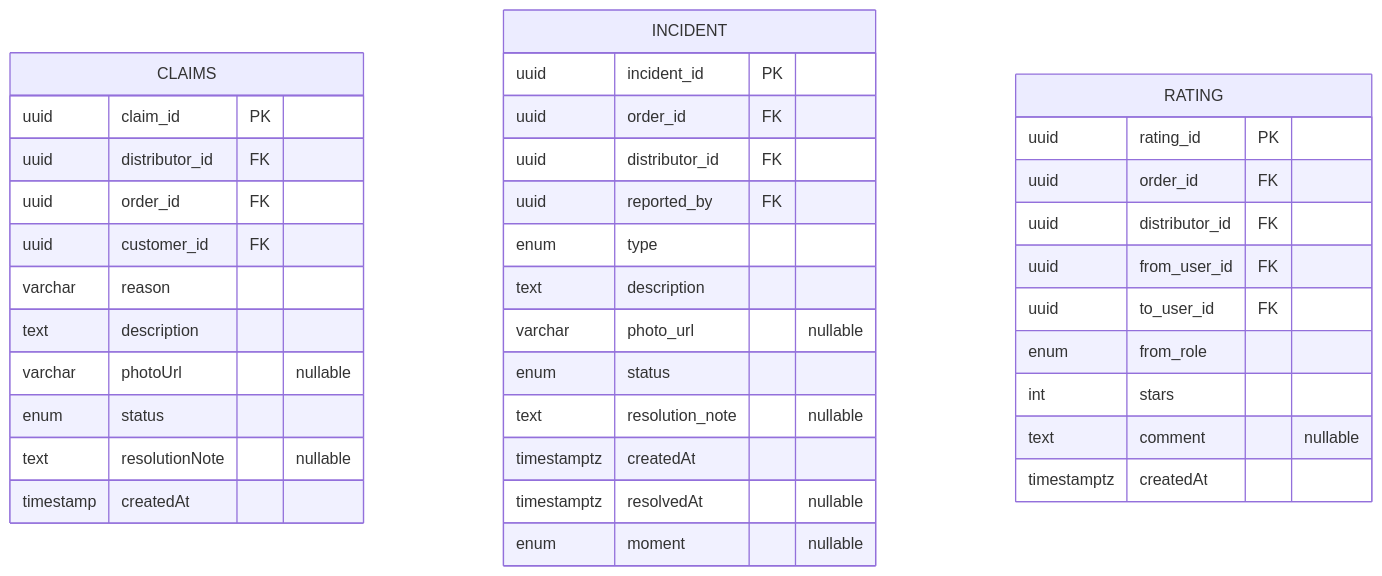
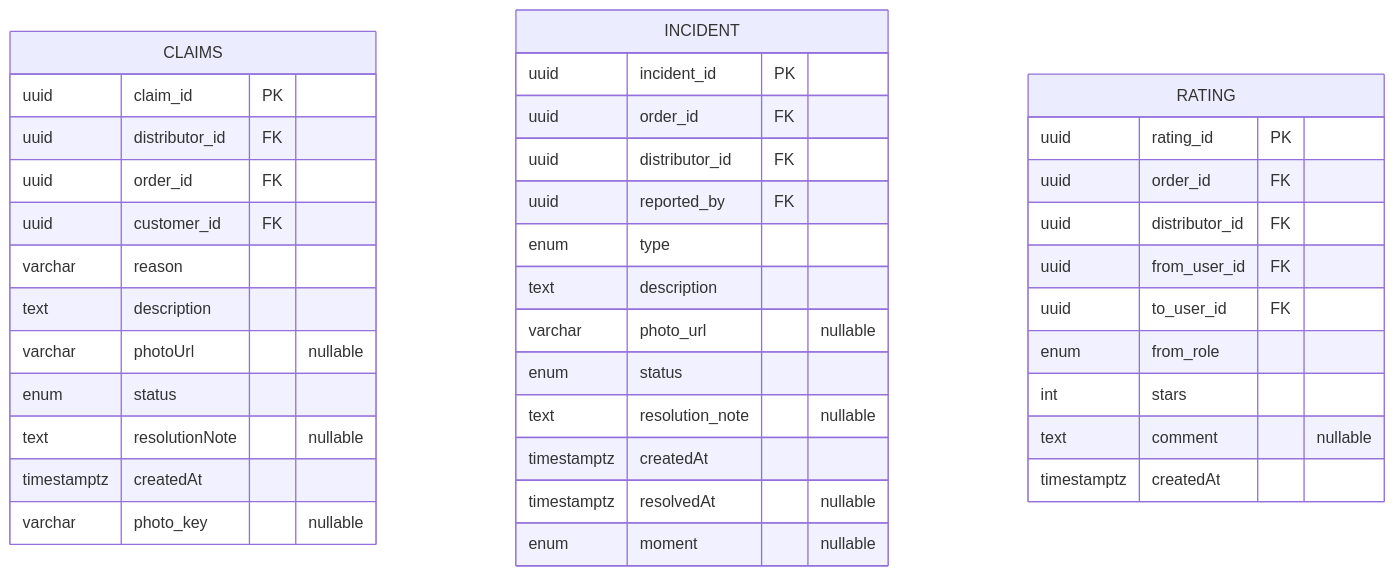
One commit to Nahuelito-Dev/splg-docs changed the eighth of 15 diagrams in diagramas/base-de-datos/SPLG-der-mermaid.md. Above: the diagram before and after it, drawn with Mermaid. The commit also changed other lines of this file and 1067 other files, not shown here.

````diff
--- a/diagramas/base-de-datos/SPLG-der-mermaid.md
+++ b/diagramas/base-de-datos/SPLG-der-mermaid.md
@@ -541,41 +541,42 @@
 ```mermaid
 erDiagram
 
     CLAIMS {
         uuid claim_id PK
         uuid distributor_id FK
         uuid order_id FK
         uuid customer_id FK
         varchar reason
         text description
         varchar photoUrl "nullable"
         enum status
         text resolutionNote "nullable"
-        timestamp createdAt
+        timestamptz createdAt
+        varchar photo_key "nullable"
     }
     INCIDENT {
         uuid incident_id PK
         uuid order_id FK
         uuid distributor_id FK
         uuid reported_by FK
         enum type
         text description
         varchar photo_url "nullable"
         enum status
         text resolution_note "nullable"
         timestamptz createdAt
         timestamptz resolvedAt "nullable"
         enum moment "nullable"
     }
     RATING {
         uuid rating_id PK
         uuid order_id FK
         uuid distributor_id FK
         uuid from_user_id FK
         uuid to_user_id FK
         enum from_role
         int stars
         text comment "nullable"
         timestamptz createdAt
     }
 ```
````
